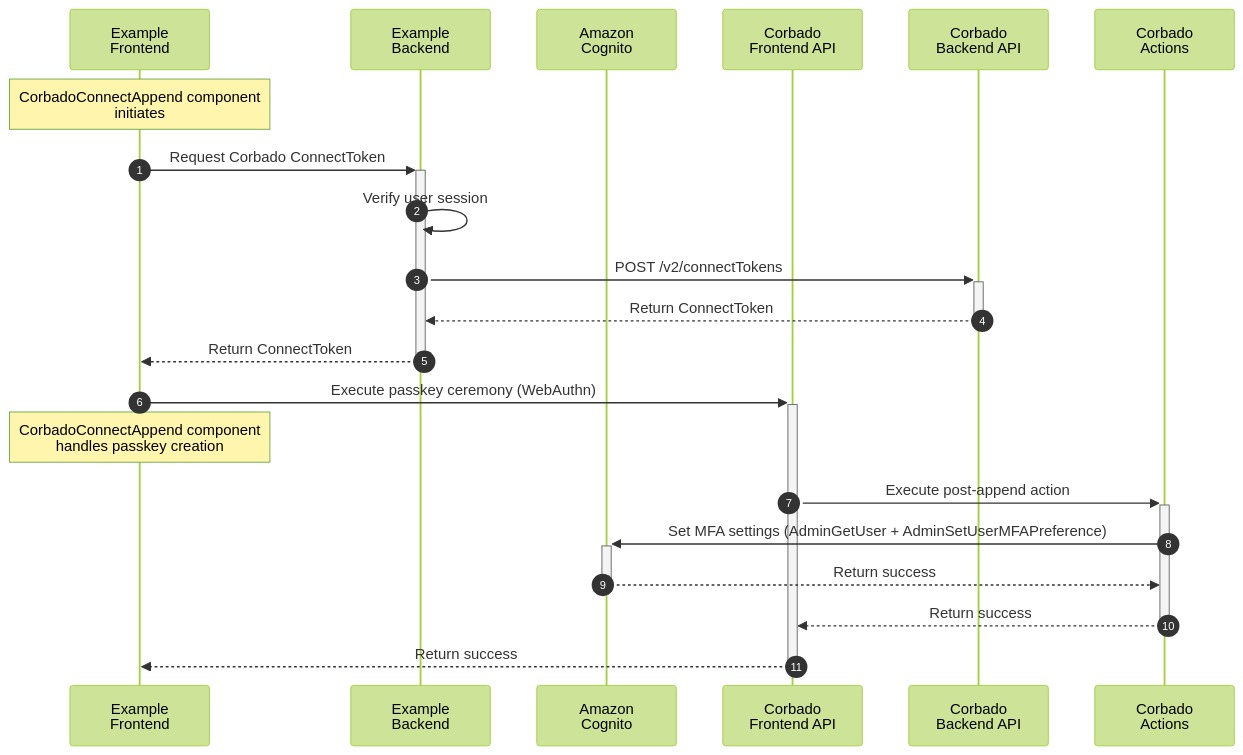
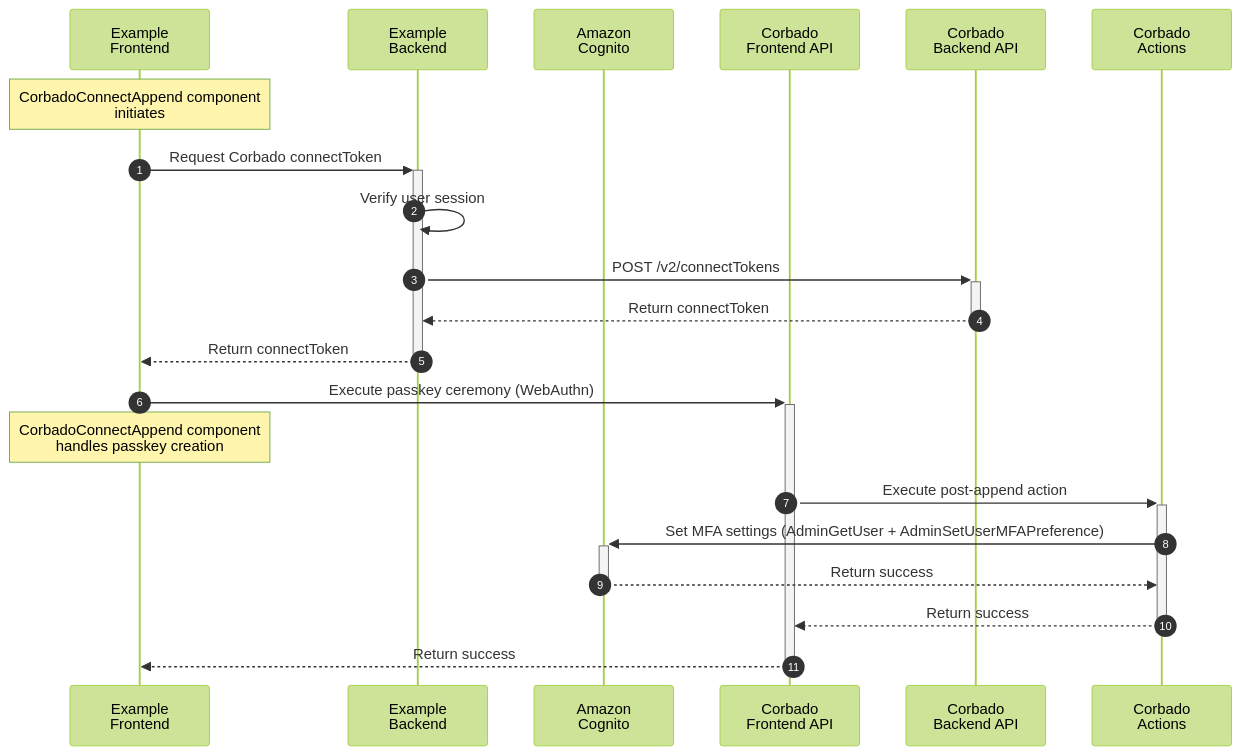
Before and after one commit to corbadotech/docs: the first of 3 diagrams in corbado-connect/integration/cognito.mdx, drawn with Mermaid (forest theme). The commit also changed other lines of this file and 2 other files, not shown here.

Commit message:
Changed connect tokens links

````diff
--- a/corbado-connect/integration/cognito.mdx
+++ b/corbado-connect/integration/cognito.mdx
@@ -52,25 +52,25 @@
 ```mermaid
 sequenceDiagram
     autonumber
     participant ExampleFrontend as Example<br />Frontend
     participant ExampleBackend as Example<br />Backend
     participant Cognito as Amazon<br />Cognito
     participant FAPI as Corbado<br />Frontend API
     participant BAPI as Corbado<br />Backend API
     participant Actions as Corbado<br />Actions
 
     Note over ExampleFrontend: CorbadoConnectAppend component<br />initiates
-    ExampleFrontend->>+ExampleBackend: Request Corbado ConnectToken
+    ExampleFrontend->>+ExampleBackend: Request Corbado connectToken
     ExampleBackend->>ExampleBackend: Verify user session
     ExampleBackend->>+BAPI: POST /v2/connectTokens
-    BAPI-->>-ExampleBackend: Return ConnectToken
-    ExampleBackend-->>-ExampleFrontend: Return ConnectToken
+    BAPI-->>-ExampleBackend: Return connectToken
+    ExampleBackend-->>-ExampleFrontend: Return connectToken
 
     ExampleFrontend->>+FAPI: Execute passkey ceremony (WebAuthn)
     Note over ExampleFrontend: CorbadoConnectAppend component<br />handles passkey creation
     FAPI->>+Actions: Execute post-append action
     Actions->>+Cognito: Set MFA settings (AdminGetUser + AdminSetUserMFAPreference)
     Cognito-->>-Actions: Return success
     Actions-->>-FAPI: Return success
     FAPI-->>-ExampleFrontend: Return success
 ```
````
